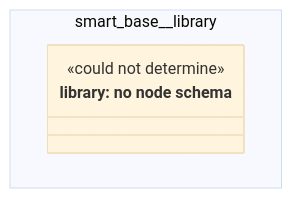
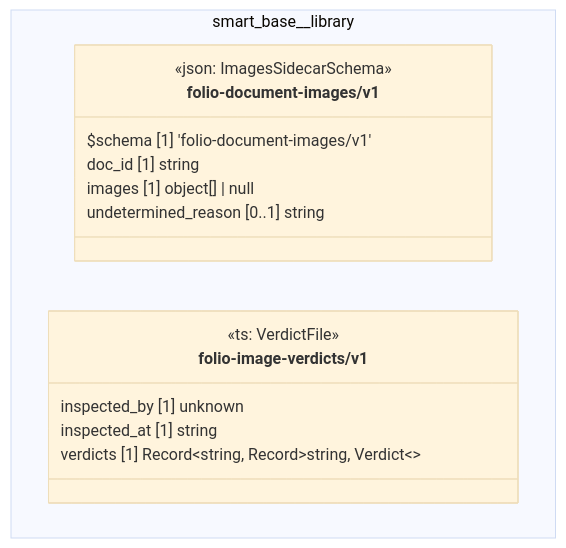
One commit to litlfred/folio-assistant changed the diagram in cat-harness/docs/uml/overview/smart-base/library.md. Above: the diagram before and after it, drawn with Mermaid (base theme). The commit also changed other lines of this file and 220 other files, not shown here.

First line of the commit message:
quda: register node schemas for the graph kinds that had none

````diff
--- a/cat-harness/docs/uml/overview/smart-base/library.md
+++ b/cat-harness/docs/uml/overview/smart-base/library.md
@@ -12,11 +12,21 @@
 ```mermaid
 classDiagram
   direction TB
   namespace smart_base__library {
-    class n_smart_base_library_library["library: no node schema"] {
-      <<could not determine>>
+    class smart_base_library_folio_document_images_v1_folio_document_images_v1["folio-document-images/v1"] {
+      <<json: ImagesSidecarSchema>>
+      $schema [1] 'folio-document-images/v1'
+      doc_id [1] string
+      images [1] object[] | null
+      undetermined_reason [0..1] string
+    }
+    class smart_base_library_folio_image_verdicts_v1["folio-image-verdicts/v1"] {
+      <<ts: VerdictFile>>
+      inspected_by [1] unknown
+      inspected_at [1] string
+      verdicts [1] Record~string, Record~string, Verdict~~
     }
   }
-  cssClass "n_smart_base_library_library" fa_uml_kind_library
-  cssClass "n_smart_base_library_library" fa_uml_undetermined
+  cssClass "smart_base_library_folio_document_images_v1_folio_document_images_v1" fa_uml_kind_library
+  cssClass "smart_base_library_folio_image_verdicts_v1" fa_uml_kind_library
 ```
````
